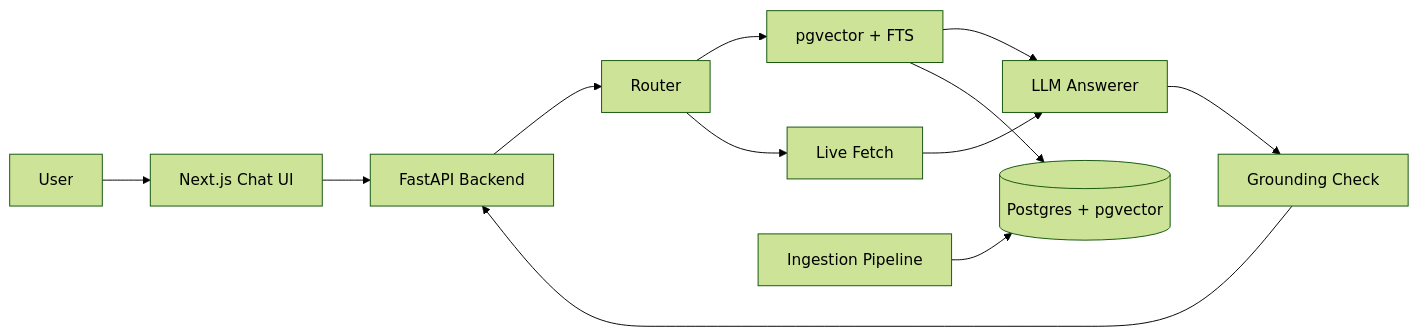
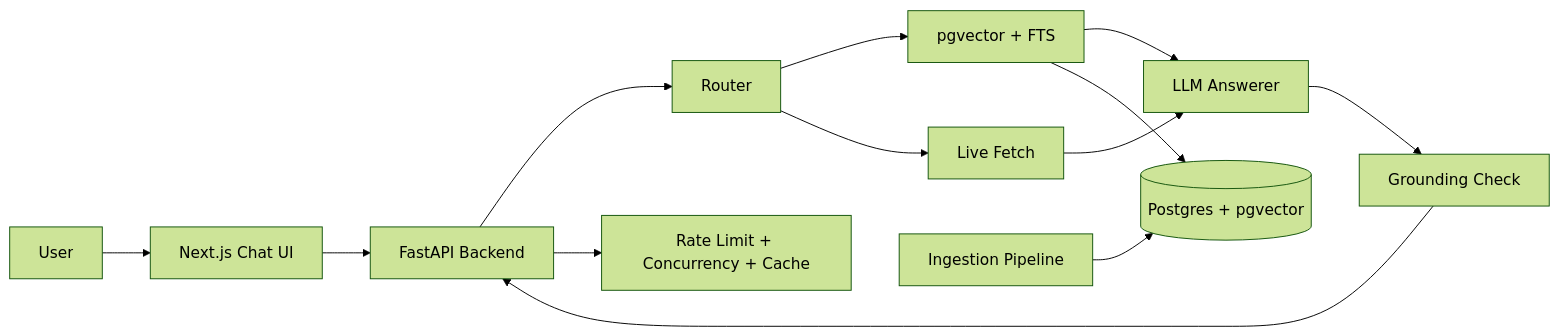
The diagram in README.md (tkim602/BuzzBot-backend), drawn with Mermaid (forest theme) before and after one commit. The commit also changed other lines of this file and 30 other files, not shown here.

````diff
--- a/README.md
+++ b/README.md
@@ -17,14 +21,15 @@
 ```mermaid
 graph LR
     User --> UI[Next.js Chat UI]
     UI --> API[FastAPI Backend]
     API --> Router
+    API --> Guardrails[Rate Limit + Concurrency + Cache]
     Router --> Retrieval[pgvector + FTS]
     Router --> LiveFetch[Live Fetch]
     Retrieval --> LLM[LLM Answerer]
     LiveFetch --> LLM
     LLM --> Grounding[Grounding Check]
     Grounding --> API
     Ingestion[Ingestion Pipeline] --> DB[(Postgres + pgvector)]
     Retrieval --> DB
 ```
````
